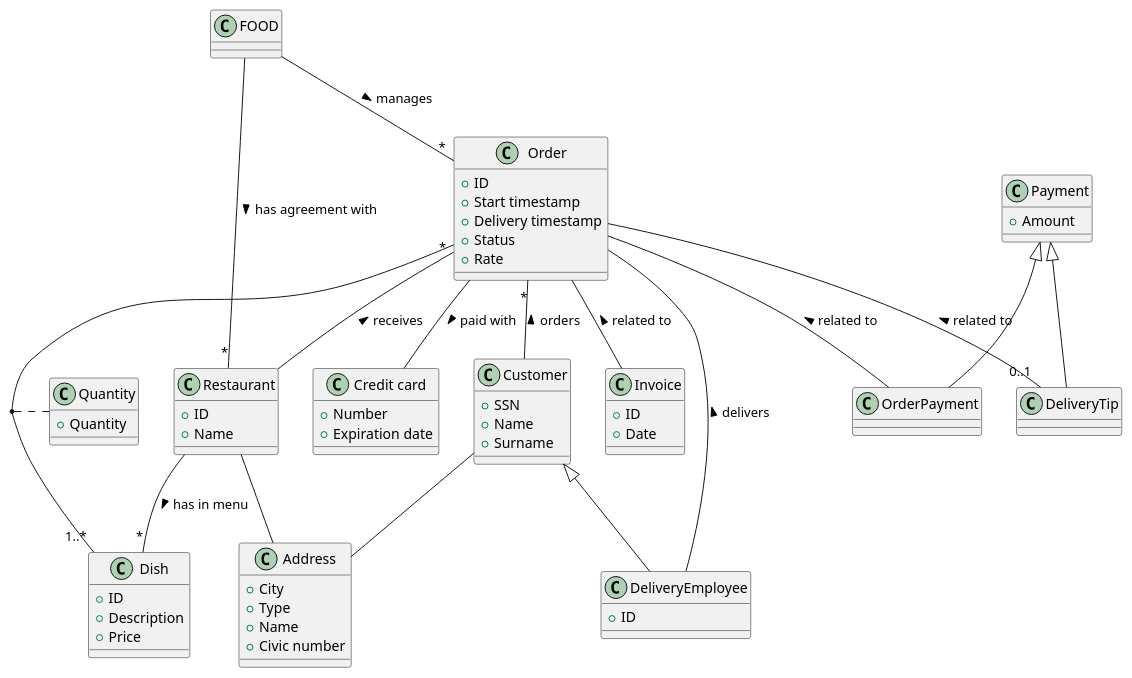
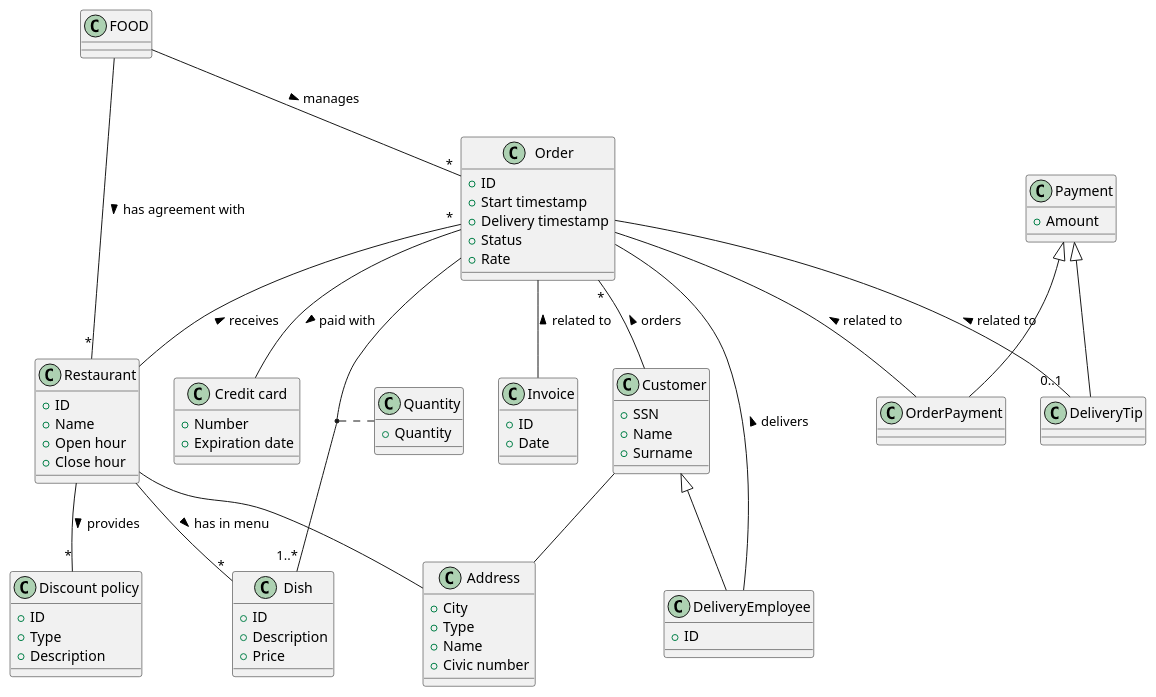
The diagram in food_delivery/models/data.pu (franco-ruggeri/polito-information-systems), drawn with PlantUML before and after one commit. The commit also changed 1 other file, not shown here.

Commit message:
Add deployment diagram for food delivery

```diff
--- a/food_delivery/models/data.pu
+++ b/food_delivery/models/data.pu
@@ -1,81 +1,90 @@
 @startuml
 
 class FOOD
 
 class Restaurant {
 	+ID
 	+Name
+	+Open hour
+	+Close hour 
 }
 
 class Customer {
 	+SSN
 	+Name
 	+Surname
 }
 
 class DeliveryEmployee {
 	+ID
 }
 
 class Dish {
 	+ID
 	+Description
 	+Price
+}
+
+class "Discount policy" as DiscountPolicy {
+	+ID
+	+Type
+	+Description
 }
 
 class Order {
 	+ID
 	+Start timestamp
 	+Delivery timestamp
 	+Status
 	+Rate
 }
 
 class Address {
 	+City
 	+Type
 	+Name
 	+Civic number
 }
 
 class "Credit card" as CreditCard {
 	+Number
 	+Expiration date
 }
 
 class Payment {
 	+Amount
 }
 
 class OrderPayment
 class DeliveryTip
 
 class Invoice {
 	+ID
 	+Date
 }
 
 class Quantity {
 	+Quantity
 }
 
 Customer <|-- DeliveryEmployee
 Payment <|-- OrderPayment
 Payment <|-- DeliveryTip
 
 FOOD -- "*" Restaurant : has agreement with >
 FOOD -- "*" Order : manages >
 Order "*" -- Customer : orders <
 Order "*" -- Restaurant : receives <
 Customer -- Address
 Restaurant -- Address
 Restaurant -- "*" Dish : has in menu >
+Restaurant -- "*" DiscountPolicy : provides >
 Order -- "1..*" Dish
 (Order, Dish) .. Quantity
 Order -- CreditCard : paid with >
 Order -- OrderPayment : related to <
 Order -- "0..1" DeliveryTip : related to <
 Order -- Invoice : related to <
 Order -- DeliveryEmployee : delivers <
 
 @enduml
```
